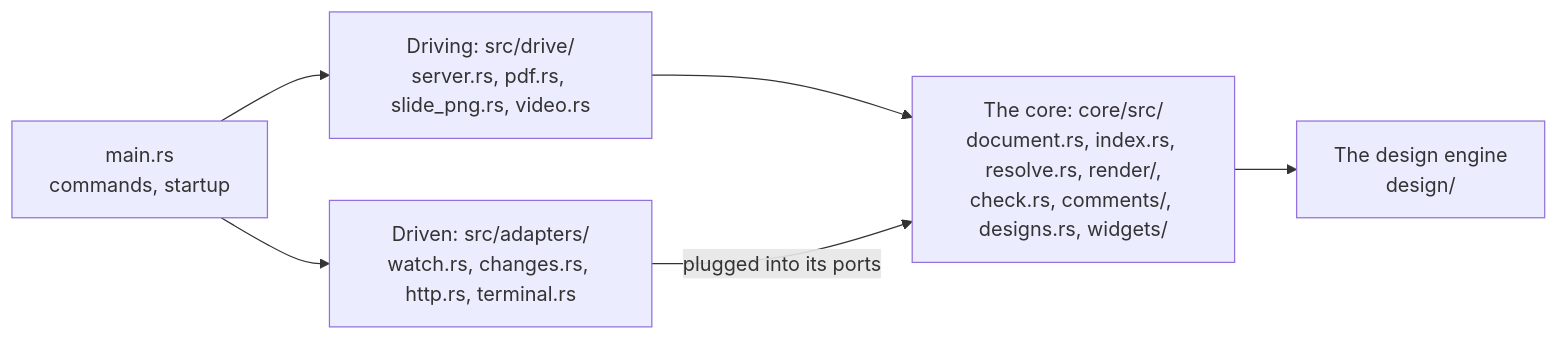
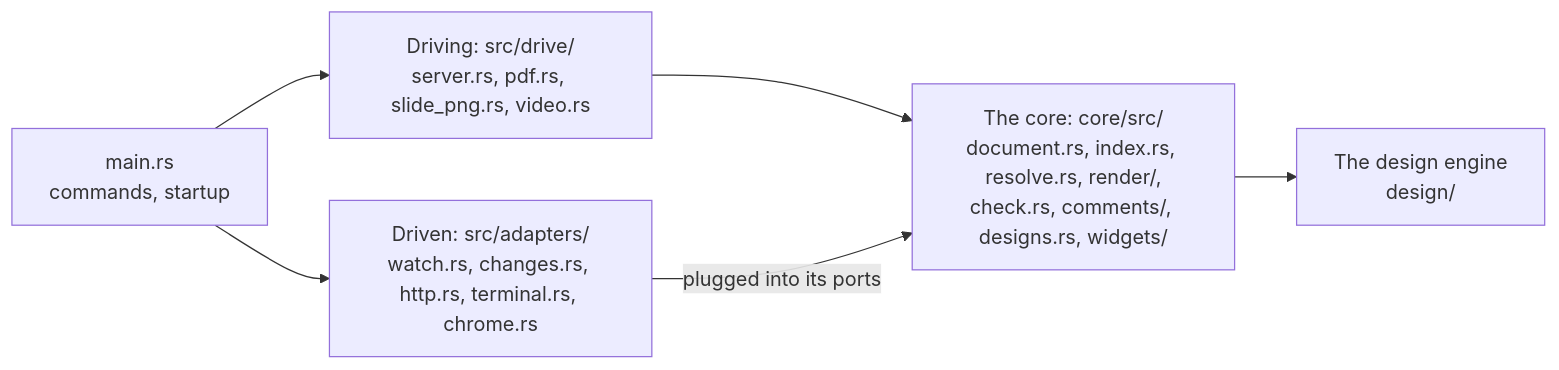
One commit to andrei512/devpage changed the diagram in docs/boxes/engineering/code-map/README.md. Above: the diagram before and after it, drawn with Mermaid. The commit also changed other lines of this file and 20 other files, not shown here.

````diff
--- a/docs/boxes/engineering/code-map/README.md
+++ b/docs/boxes/engineering/code-map/README.md
@@ -25,13 +26,13 @@
 ```mermaid
 flowchart LR
   main["main.rs<br/>commands, startup"] --> drive["Driving: src/drive/<br/>server.rs, pdf.rs, slide_png.rs, video.rs"]
-  main --> adapters["Driven: src/adapters/<br/>watch.rs, changes.rs, http.rs, terminal.rs"]
+  main --> adapters["Driven: src/adapters/<br/>watch.rs, changes.rs, http.rs, terminal.rs, chrome.rs"]
   drive --> core["The core: core/src/<br/>document.rs, index.rs, resolve.rs, render/,<br/>check.rs, comments/, designs.rs, widgets/"]
   adapters -- "plugged into its ports" --> core
   core --> engine["The design engine<br/>design/"]
   click main href "#how-main-wires-it-together" "How main wires it together"
   click drive href "../../viewer/serving-pages/README.md" "Serving pages"
   click adapters href "../../viewer/live-updates/README.md" "Live updates"
   click core href "../../viewer/rendering-a-page/README.md" "Rendering a page"
   click engine href "../../viewer/design-engine/README.md" "The design engine"
 ```
````
